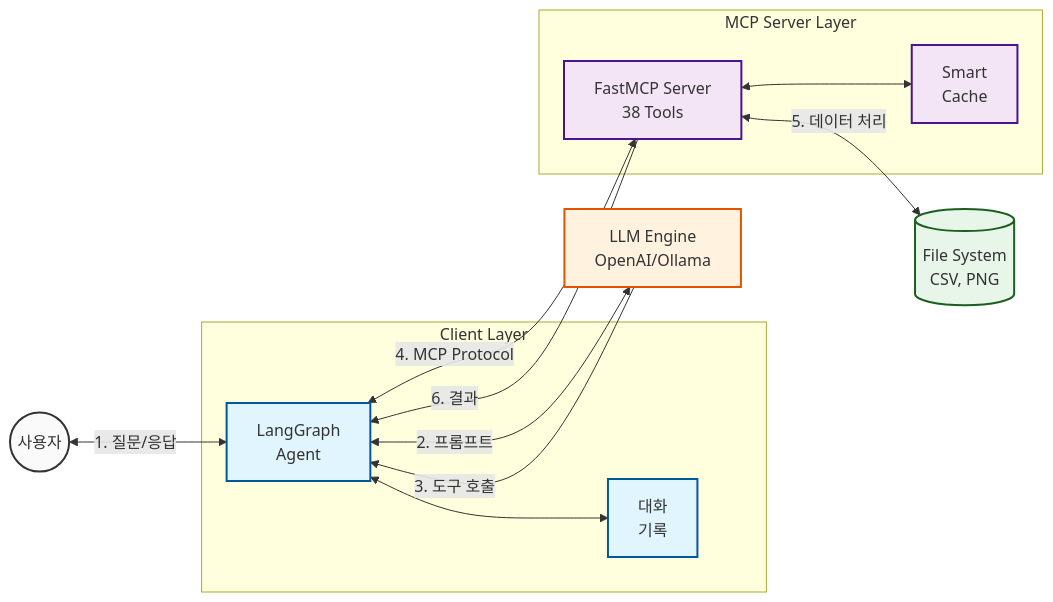
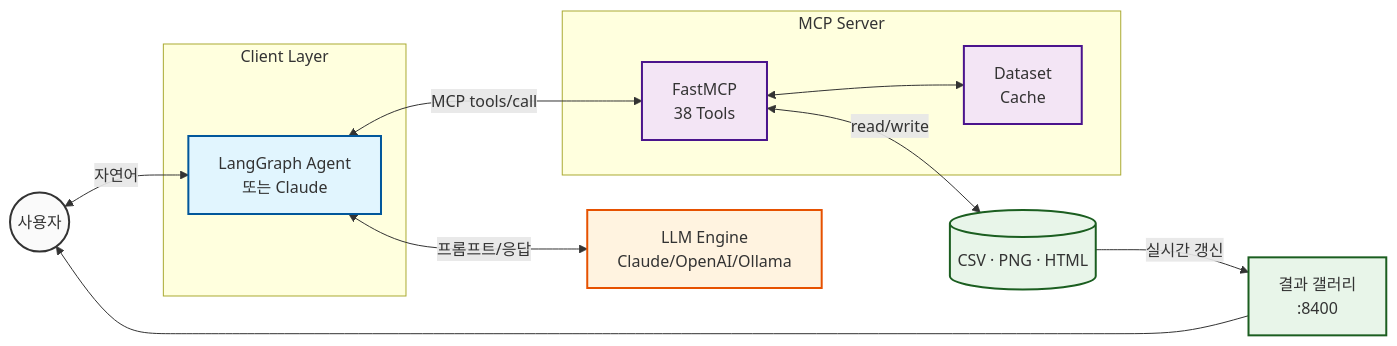
One commit to chaeminyoon/Data-Analyze-MCP changed the diagram in README.md. Above: the diagram before and after it, drawn with Mermaid. The commit also changed other lines of this file and 9 other files, not shown here.

````diff
--- a/README.md
+++ b/README.md
@@ -19,40 +205,34 @@
 ```mermaid
 graph LR
-    %% Styles
     classDef blue fill:#e1f5fe,stroke:#01579b,stroke-width:2px
     classDef purple fill:#f3e5f5,stroke:#4a148c,stroke-width:2px
     classDef orange fill:#fff3e0,stroke:#e65100,stroke-width:2px
     classDef green fill:#e8f5e9,stroke:#1b5e20,stroke-width:2px
     classDef gray fill:#fafafa,stroke:#333,stroke-width:2px
 
     User((사용자))
-    
     subgraph Client [Client Layer]
-        Agent[LangGraph<br/>Agent]
-        Hist[대화<br/>기록]
+        Agent[LangGraph Agent<br/>또는 Claude]
     end
-    
-    LLM[LLM Engine<br/>OpenAI/Ollama]
-    
-    subgraph MCPLayer [MCP Server Layer]
-        Server[FastMCP Server<br/>38 Tools]
-        Cache[Smart<br/>Cache]
+    LLM[LLM Engine<br/>Claude/OpenAI/Ollama]
+    subgraph MCPLayer [MCP Server]
+        Server[FastMCP<br/>38 Tools]
+        Cache[Dataset<br/>Cache]
     end
-    
-    Files[(File System<br/>CSV, PNG)]
+    Files[(CSV · PNG · HTML)]
+    Viewer[결과 갤러리<br/>:8400]
 
-    User <-->|1. 질문/응답| Agent
-    Agent <--> Hist
-    Agent <-->|2. 프롬프트| LLM
-    LLM -->|3. 도구 호출| Agent
-    Agent <-->|4. MCP Protocol| Server
+    User <-->|자연어| Agent
+    Agent <-->|프롬프트/응답| LLM
+    Agent <-->|MCP tools/call| Server
     Server <--> Cache
-    Server <-->|5. 데이터 처리| Files
-    Server -->|6. 결과| Agent
+    Server <-->|read/write| Files
+    Files -->|실시간 갱신| Viewer
+    Viewer --> User
 
     class User gray
-    class Agent,Hist blue
+    class Agent blue
     class LLM orange
     class Server,Cache purple
-    class Files green
+    class Files,Viewer green
 ```
````
